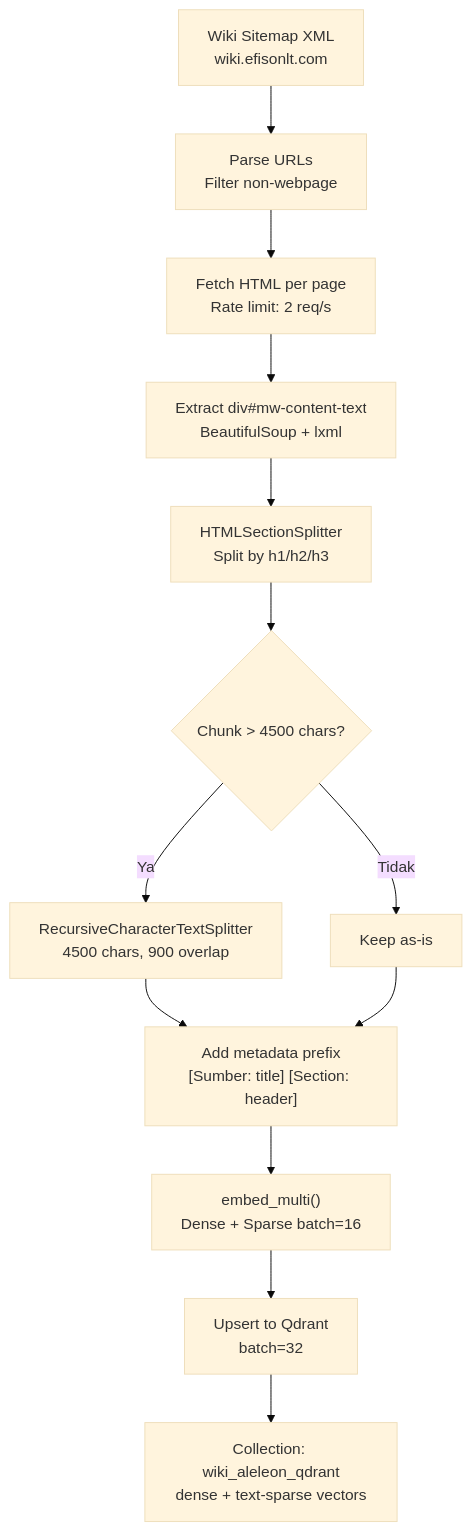
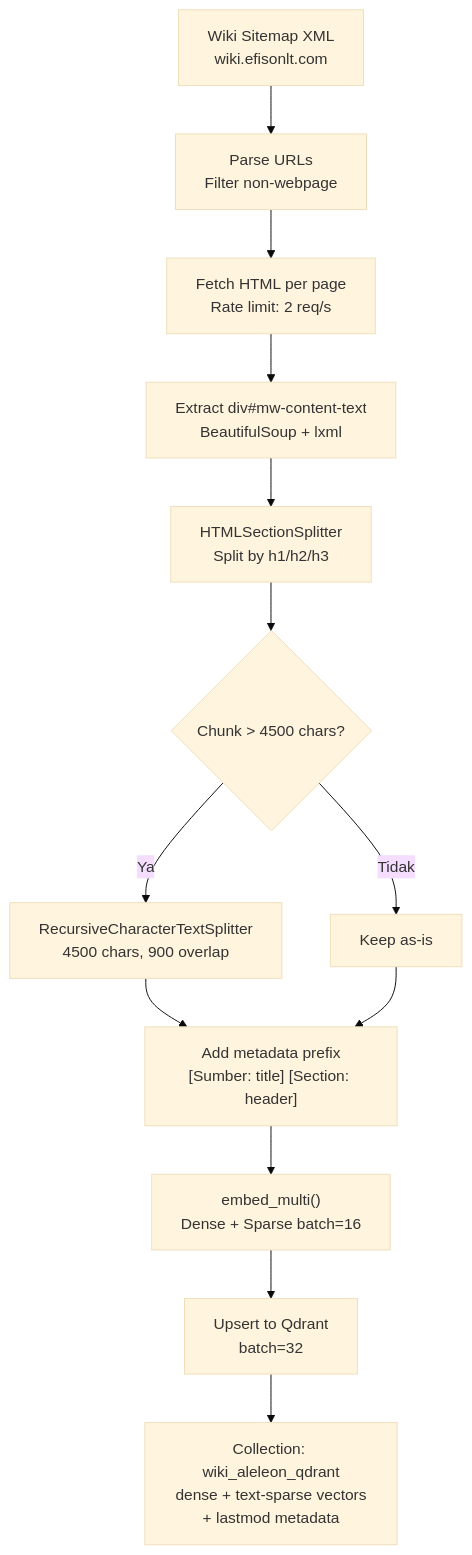
Before and after one commit to kristonova/rag-for-l1-aleleon-hpc-support: diagram 12 of 13 in docs/MICROSERVICES_ARCHITECTURE.md, drawn with Mermaid (base theme). The commit also changed other lines of this file, not shown here.

Commit message:
docs: add microservices architecture documentation and archive rag_slurm_vllm.py script

````diff
--- a/docs/MICROSERVICES_ARCHITECTURE.md
+++ b/docs/MICROSERVICES_ARCHITECTURE.md
@@ -472,15 +591,15 @@
 ```mermaid
 graph TD
     A["Wiki Sitemap XML<br/>wiki.efisonlt.com"] --> B["Parse URLs<br/>Filter non-webpage"]
     B --> C["Fetch HTML per page<br/>Rate limit: 2 req/s"]
     C --> D["Extract div#mw-content-text<br/>BeautifulSoup + lxml"]
     D --> E["HTMLSectionSplitter<br/>Split by h1/h2/h3"]
     E --> F{"Chunk > 4500 chars?"}
     F -->|Ya| G["RecursiveCharacterTextSplitter<br/>4500 chars, 900 overlap"]
     F -->|Tidak| H["Keep as-is"]
     G --> I["Add metadata prefix<br/>[Sumber: title] [Section: header]"]
     H --> I
     I --> J["embed_multi()<br/>Dense + Sparse batch=16"]
     J --> K["Upsert to Qdrant<br/>batch=32"]
-    K --> L["Collection: wiki_aleleon_qdrant<br/>dense + text-sparse vectors"]
+    K --> L["Collection: wiki_aleleon_qdrant<br/>dense + text-sparse vectors<br/>+ lastmod metadata"]
 ```
````
